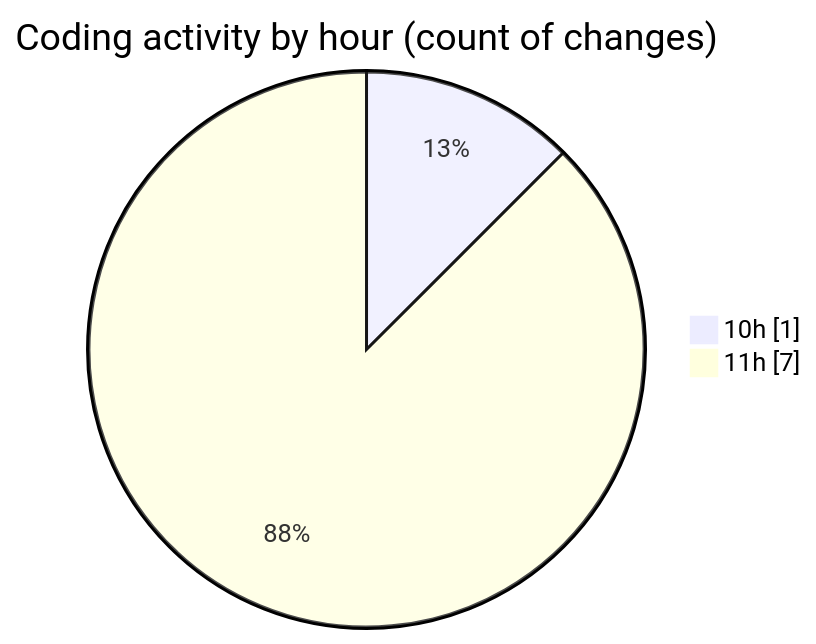
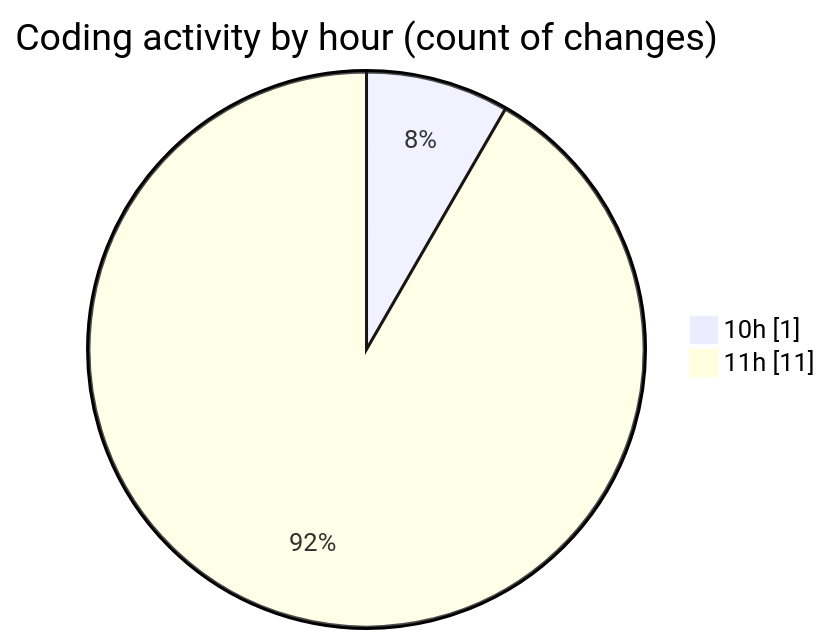
Before and after one commit to julien-gomy/code-tracking: the second of 2 diagrams in 2025-11-03/eventscop-frontend-guide__workspace_/README.md, drawn with Mermaid. The commit also changed other lines of this file and 1 other file, not shown here.

````diff
--- a/2025-11-03/eventscop-frontend-guide__workspace_/README.md
+++ b/2025-11-03/eventscop-frontend-guide__workspace_/README.md
@@ -31,6 +31,6 @@
 ```mermaid
 pie showData
 title Coding activity by hour (count of changes)
 "10h" : 1
-"11h" : 7
+"11h" : 11
 ```
````
